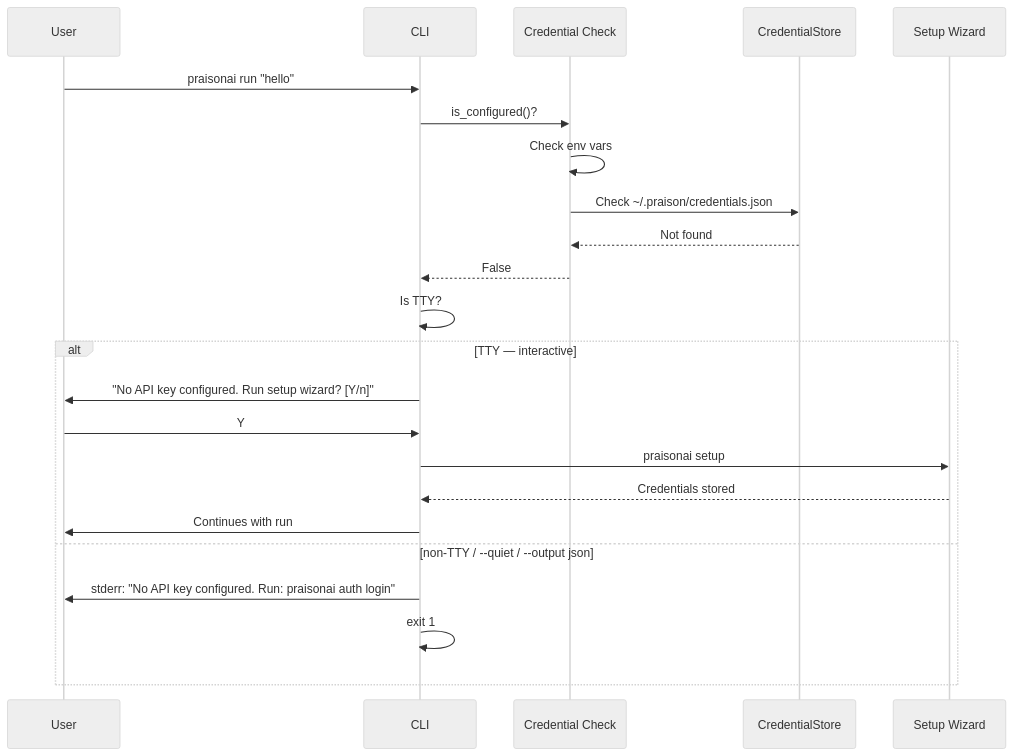
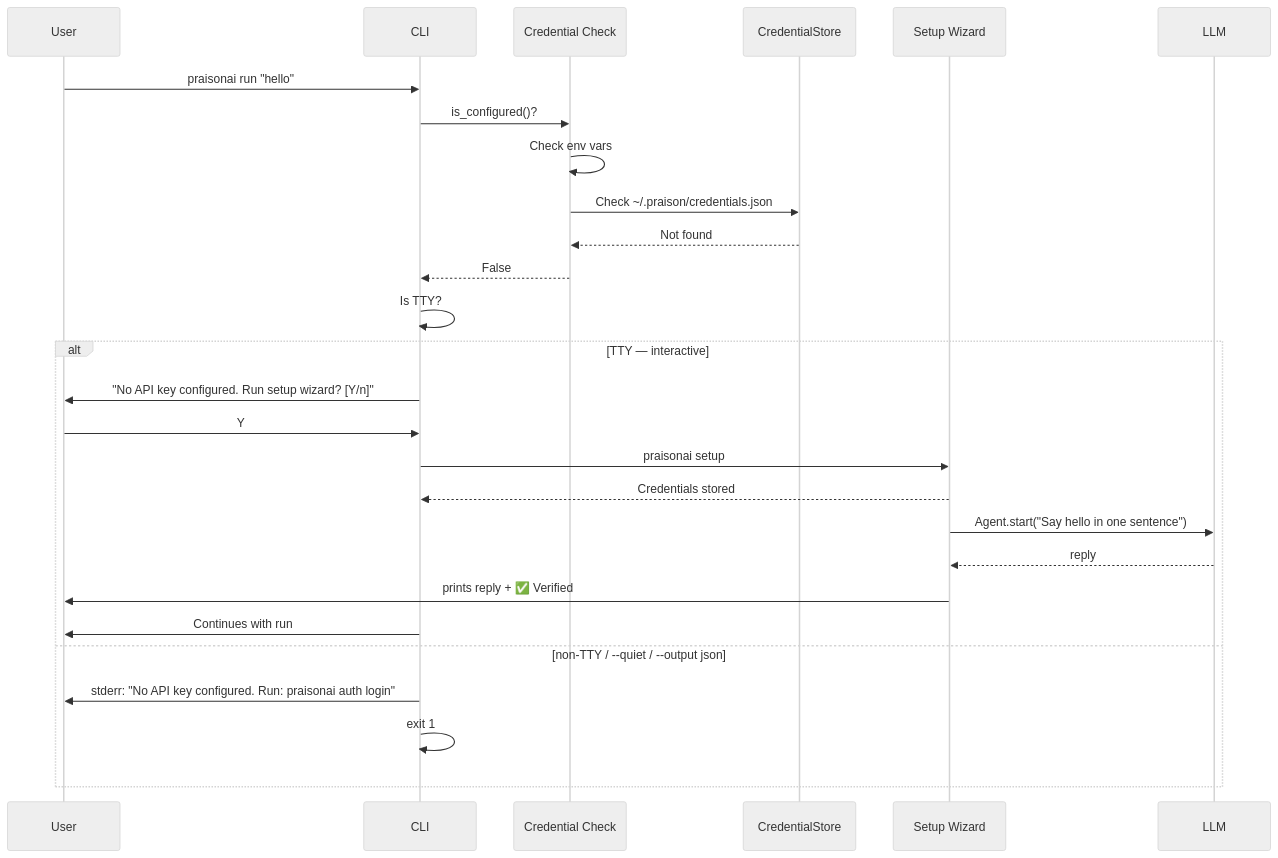
Before and after one commit to MervinPraison/PraisonAIDocs: the second of 2 diagrams in docs/features/first-run-onboarding.mdx, drawn with Mermaid (neutral theme). The commit also changed other lines of this file and 1 other file, not shown here.

````diff
--- a/docs/features/first-run-onboarding.mdx
+++ b/docs/features/first-run-onboarding.mdx
@@ -95,26 +159,30 @@
 ```mermaid
 sequenceDiagram
     participant User
     participant CLI
     participant CredCheck as Credential Check
     participant Store as CredentialStore
     participant Wizard as Setup Wizard
+    participant LLM
 
     User->>CLI: praisonai run "hello"
     CLI->>CredCheck: is_configured()?
     CredCheck->>CredCheck: Check env vars
     CredCheck->>Store: Check ~/.praison/credentials.json
     Store-->>CredCheck: Not found
     CredCheck-->>CLI: False
     CLI->>CLI: Is TTY?
     alt TTY — interactive
         CLI->>User: "No API key configured. Run setup wizard? [Y/n]"
         User->>CLI: Y
         CLI->>Wizard: praisonai setup
         Wizard-->>CLI: Credentials stored
+        Wizard->>LLM: Agent.start("Say hello in one sentence")
+        LLM-->>Wizard: reply
+        Wizard->>User: prints reply + ✅ Verified
         CLI->>User: Continues with run
     else non-TTY / --quiet / --output json
         CLI->>User: stderr: "No API key configured. Run: praisonai auth login"
         CLI->>CLI: exit 1
     end
 ```
````
